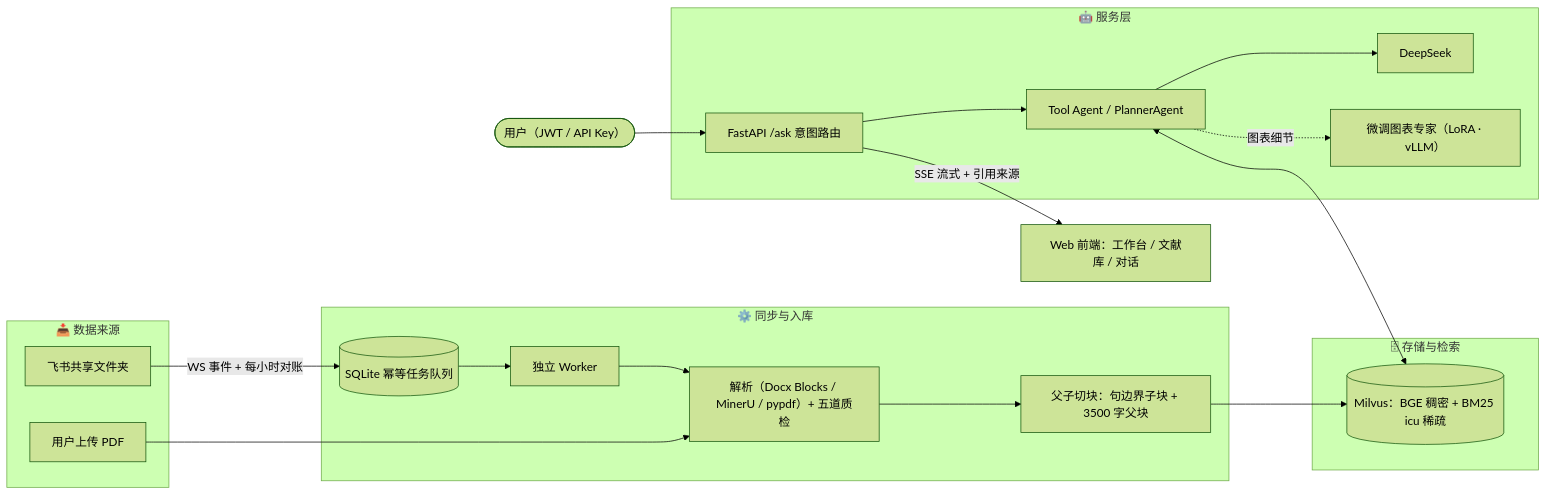
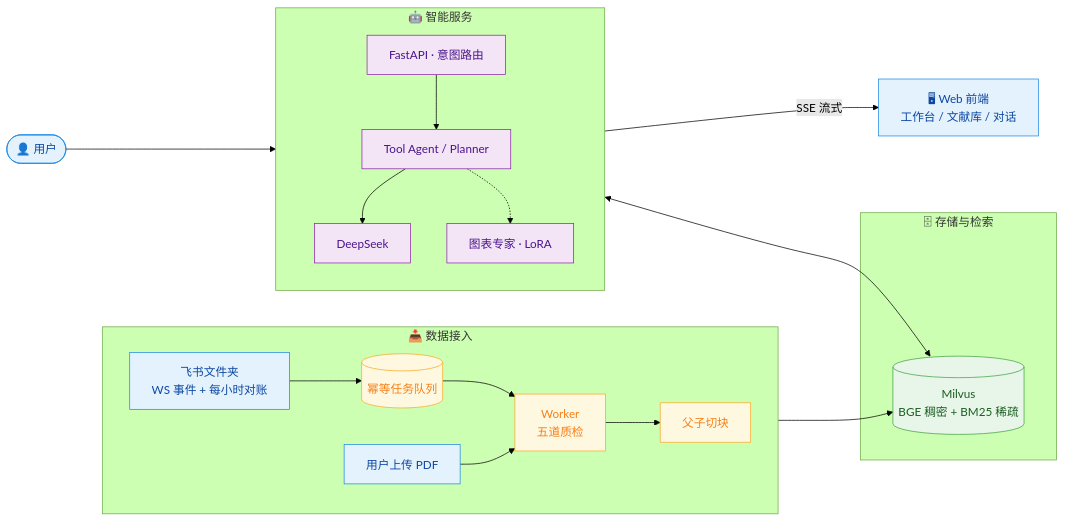
One commit to luoluoluo0/feishu-knowledge-agent changed the diagram in README.md. Above: the diagram before and after it, drawn with Mermaid (forest theme). The commit also changed other lines of this file, not shown here.

Commit message:
docs: README 架构图重绘（三列分组+配色）+ 删除致谢章节

````diff
--- a/README.md
+++ b/README.md
@@ -41,34 +41,39 @@
 ```mermaid
 flowchart LR
-    subgraph S["📥 数据来源"]
-        FS["飞书共享文件夹"]
+    subgraph IN["📥 数据接入"]
+        direction LR
+        FS["飞书文件夹<br/>WS 事件 + 每小时对账"]
         UP["用户上传 PDF"]
-    end
-    subgraph P["⚙️ 同步与入库"]
-        Q[("SQLite 幂等任务队列")]
-        W["独立 Worker"]
-        ING["解析（Docx Blocks / MinerU / pypdf）+ 五道质检"]
-        CHUNK["父子切块：句边界子块 + 3500 字父块"]
+        Q[("幂等任务队列")]
+        W["Worker<br/>五道质检"]
+        C["父子切块"]
+        FS --> Q --> W --> C
+        UP --> W
     end
     subgraph ST["🗄 存储与检索"]
-        MV[("Milvus：BGE 稠密 + BM25 icu 稀疏")]
+        MV[("Milvus<br/>BGE 稠密 + BM25 稀疏")]
     end
-    subgraph A["🤖 服务层"]
-        API["FastAPI /ask 意图路由"]
-        TA["Tool Agent / PlannerAgent"]
+    subgraph SV["🤖 智能服务"]
+        direction TB
+        API["FastAPI · 意图路由"]
+        TA["Tool Agent / Planner"]
         LLM["DeepSeek"]
-        FT["微调图表专家（LoRA · vLLM）"]
+        FT["图表专家 · LoRA"]
+        API --> TA
+        TA --> LLM
+        TA -.-> FT
     end
-    U(["用户（JWT / API Key）"]) --> API
-    FE["Web 前端：工作台 / 文献库 / 对话"]
+    U(["👤 用户"]) --> API
+    API -->|"SSE 流式"| FE["🖥 Web 前端<br/>工作台 / 文献库 / 对话"]
+    C --> MV
+    TA <--> MV
 
-    FS -->|"WS 事件 + 每小时对账"| Q
-    Q --> W --> ING
-    UP --> ING
-    ING --> CHUNK --> MV
-    API --> TA
-    TA <--> MV
-    TA --> LLM
-    TA -.->|"图表细节"| FT
-    API -->|"SSE 流式 + 引用来源"| FE
+    classDef io fill:#e3f2fd,stroke:#1e88e5,color:#0d47a1
+    classDef proc fill:#fff8e1,stroke:#f9a825,color:#f57f17
+    classDef store fill:#e8f5e9,stroke:#43a047,color:#1b5e20
+    classDef brain fill:#f3e5f5,stroke:#8e24aa,color:#4a148c
+    class FS,UP,U,FE io
+    class Q,W,C proc
+    class MV store
+    class API,TA,LLM,FT brain
 ```
````
